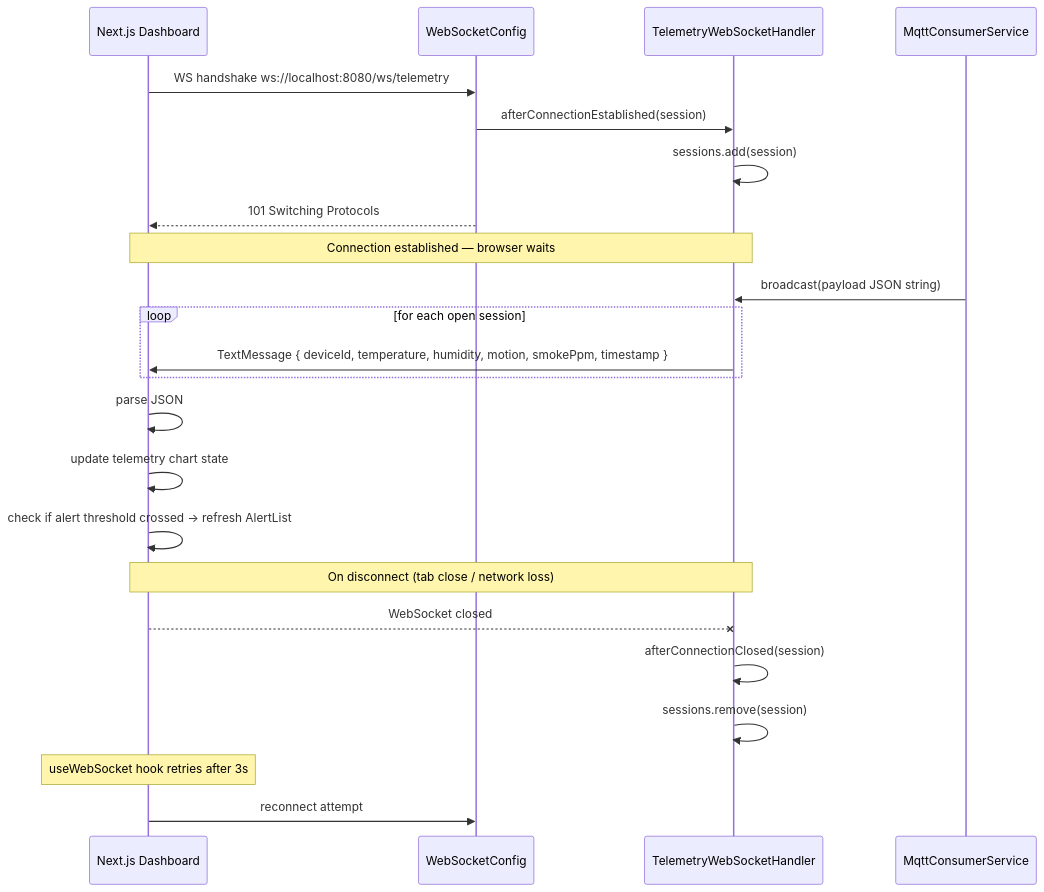
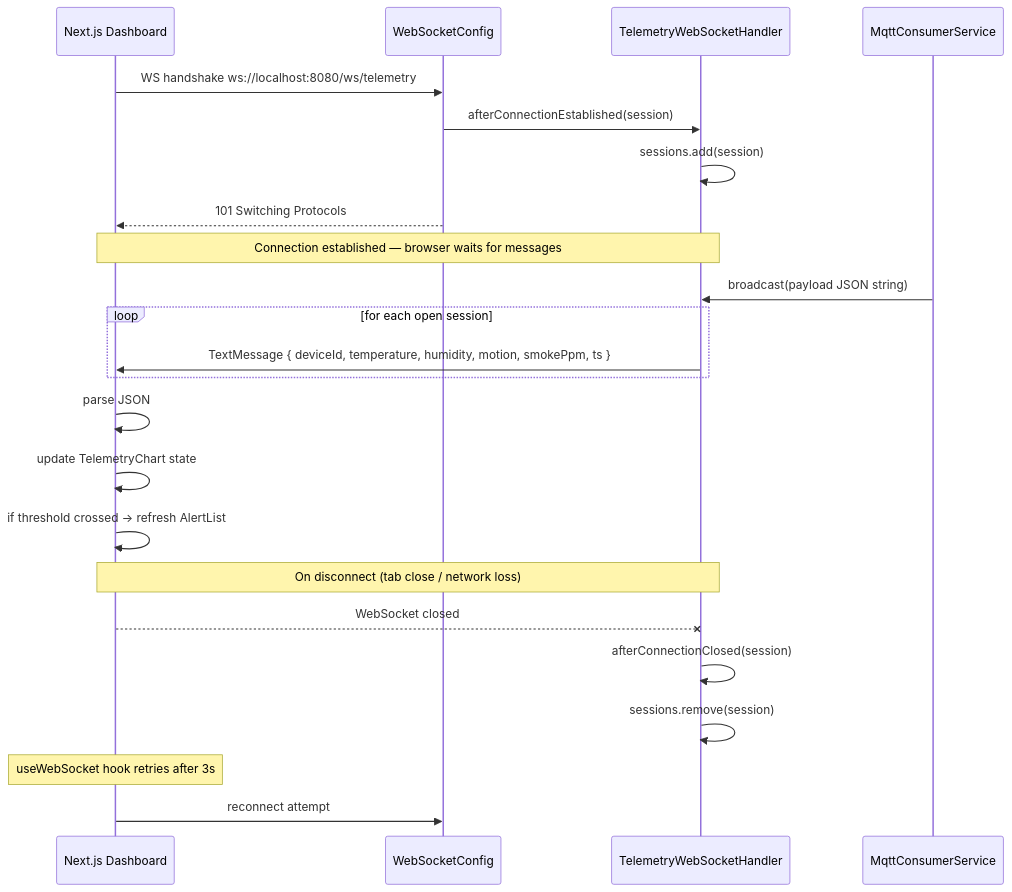
One commit to thitipongroo/sentinel-iot-platform changed the seventh of 9 diagrams in docs/sequence-diagrams.md. Above: the diagram before and after it, drawn with Mermaid. The commit also changed other lines of this file and 4 other files, not shown here.

````diff
--- a/docs/sequence-diagrams.md
+++ b/docs/sequence-diagrams.md
@@ -154,31 +255,31 @@
 ```mermaid
 sequenceDiagram
     participant Browser as Next.js Dashboard
     participant WS_CFG as WebSocketConfig
     participant HANDLER as TelemetryWebSocketHandler
     participant MQTT as MqttConsumerService
 
     Browser->>WS_CFG: WS handshake ws://localhost:8080/ws/telemetry
     WS_CFG->>HANDLER: afterConnectionEstablished(session)
     HANDLER->>HANDLER: sessions.add(session)
     WS_CFG-->>Browser: 101 Switching Protocols
 
-    Note over Browser,HANDLER: Connection established — browser waits
+    Note over Browser,HANDLER: Connection established — browser waits for messages
 
     MQTT->>HANDLER: broadcast(payload JSON string)
     loop for each open session
-        HANDLER->>Browser: TextMessage { deviceId, temperature, humidity, motion, smokePpm, timestamp }
+        HANDLER->>Browser: TextMessage { deviceId, temperature, humidity, motion, smokePpm, ts }
     end
 
     Browser->>Browser: parse JSON
-    Browser->>Browser: update telemetry chart state
-    Browser->>Browser: check if alert threshold crossed → refresh AlertList
+    Browser->>Browser: update TelemetryChart state
+    Browser->>Browser: if threshold crossed → refresh AlertList
 
     Note over Browser,HANDLER: On disconnect (tab close / network loss)
     Browser--xHANDLER: WebSocket closed
     HANDLER->>HANDLER: afterConnectionClosed(session)
     HANDLER->>HANDLER: sessions.remove(session)
 
     Note over Browser: useWebSocket hook retries after 3s
     Browser->>WS_CFG: reconnect attempt
 ```
````
